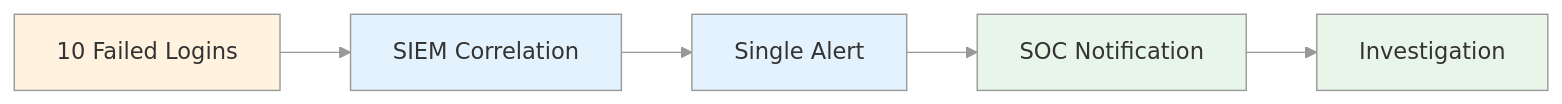
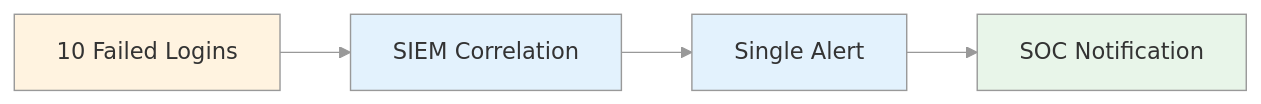
Before and after one commit to manojxshrestha/SOC-Analyst-Cheatsheet: the fifth of 6 diagrams in 2-Security-Monitoring-SIEM-Fundamentals/README.md, drawn with Mermaid. The commit also changed other lines of this file, not shown here.

````diff
--- a/2-Security-Monitoring-SIEM-Fundamentals/README.md
+++ b/2-Security-Monitoring-SIEM-Fundamentals/README.md
@@ -415,14 +350,12 @@
 ```mermaid
 %%{init: {'theme': 'base', 'themeVariables': { 'lineColor': '#999', 'nodeBorder': '#999'}}}%%
 flowchart LR
     A[10 Failed Logins] --> B[SIEM Correlation]
     B --> C[Single Alert]
     C --> D[SOC Notification]
-    D --> E[Investigation]
     
     style A fill:#fff3e0,stroke:#999
     style B fill:#e3f2fd,stroke:#999
     style C fill:#e3f2fd,stroke:#999
     style D fill:#e8f5e9,stroke:#999
-    style E fill:#e8f5e9,stroke:#999
 ```
````
